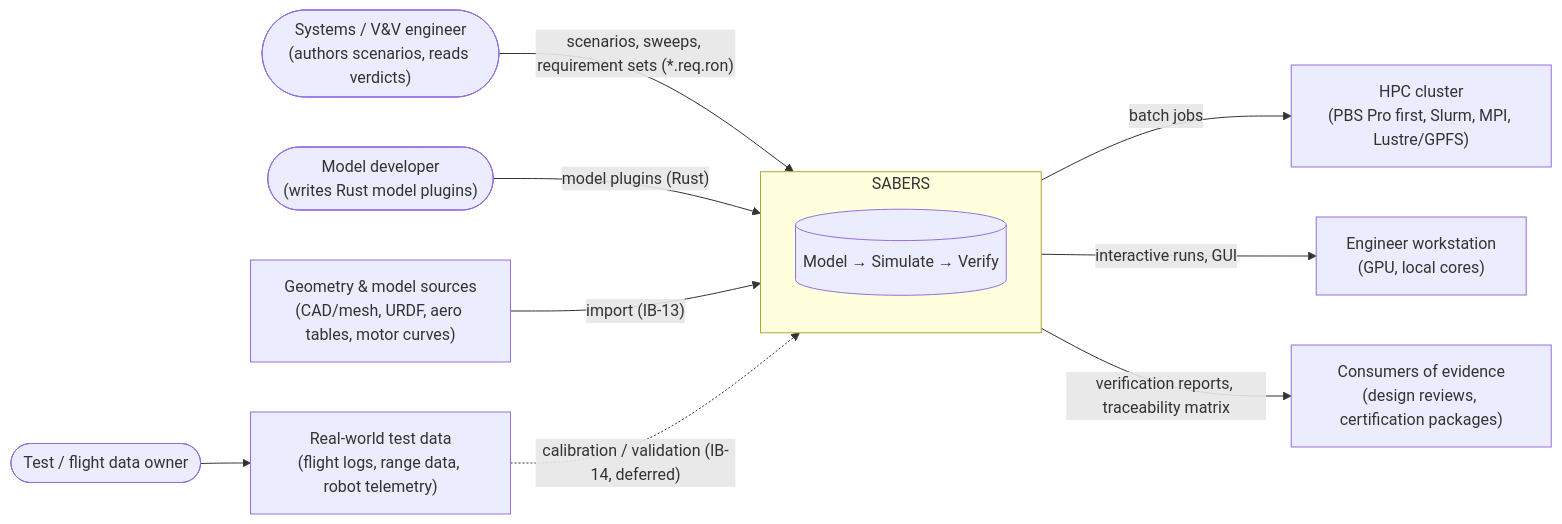
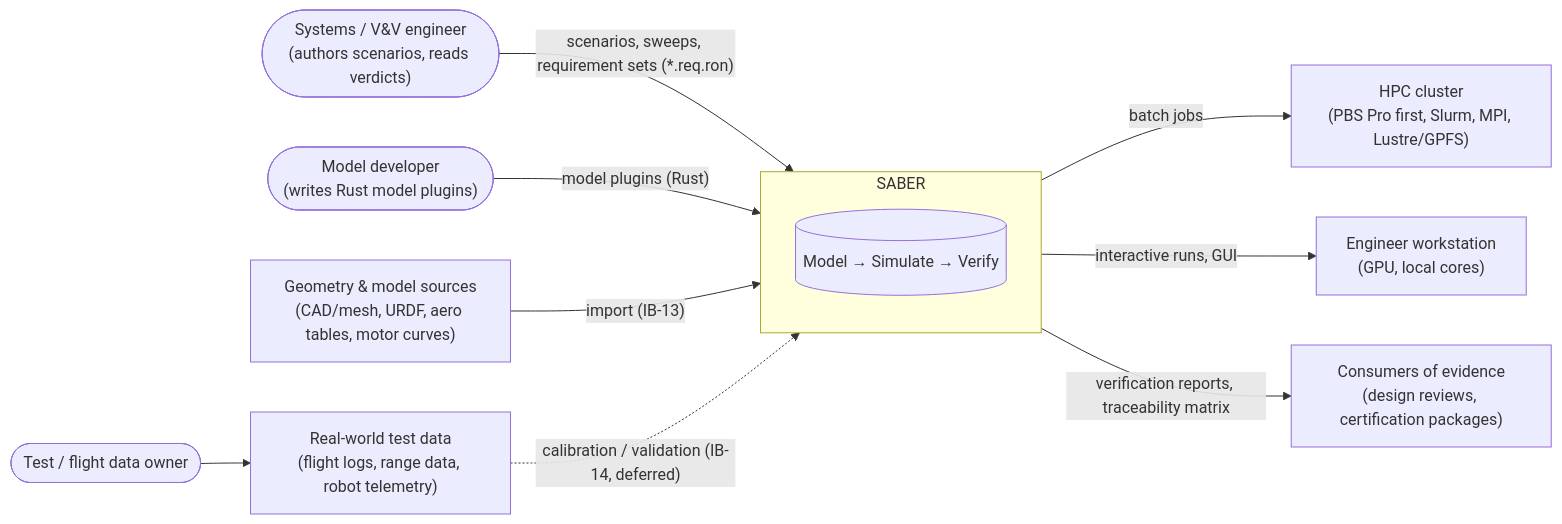
Before and after one commit to Schmiedium/SABER: the first of 18 diagrams in docs/design/subsystems-and-interfaces.md, drawn with Mermaid. The commit also changed other lines of this file and 6 other files, not shown here.

First line of the commit message:
Rename sabers identifiers to saber across the design docs (D18)

````diff
--- a/docs/design/subsystems-and-interfaces.md
+++ b/docs/design/subsystems-and-interfaces.md
@@ -100,25 +102,25 @@
 ```mermaid
 flowchart LR
     analyst(["Systems / V&V engineer<br/>(authors scenarios, reads verdicts)"])
     modeler(["Model developer<br/>(writes Rust model plugins)"])
     dataeng(["Test / flight data owner"])
 
-    subgraph SABERS["SABERS"]
+    subgraph SABER["SABER"]
         direction TB
         S[("Model → Simulate → Verify")]
     end
 
     cad["Geometry & model sources<br/>(CAD/mesh, URDF, aero tables, motor curves)"]
     test["Real-world test data<br/>(flight logs, range data, robot telemetry)"]
     hpc["HPC cluster<br/>(PBS Pro first, Slurm, MPI, Lustre/GPFS)"]
     ws["Engineer workstation<br/>(GPU, local cores)"]
     out["Consumers of evidence<br/>(design reviews, certification packages)"]
 
-    analyst -- "scenarios, sweeps, requirement sets (*.req.ron)" --> SABERS
-    modeler -- "model plugins (Rust)" --> SABERS
-    cad -- "import (IB-13)" --> SABERS
-    dataeng --> test -. "calibration / validation (IB-14, deferred)" .-> SABERS
-    SABERS -- "batch jobs" --> hpc
-    SABERS -- "interactive runs, GUI" --> ws
-    SABERS -- "verification reports, traceability matrix" --> out
+    analyst -- "scenarios, sweeps, requirement sets (*.req.ron)" --> SABER
+    modeler -- "model plugins (Rust)" --> SABER
+    cad -- "import (IB-13)" --> SABER
+    dataeng --> test -. "calibration / validation (IB-14, deferred)" .-> SABER
+    SABER -- "batch jobs" --> hpc
+    SABER -- "interactive runs, GUI" --> ws
+    SABER -- "verification reports, traceability matrix" --> out
 ```
````
